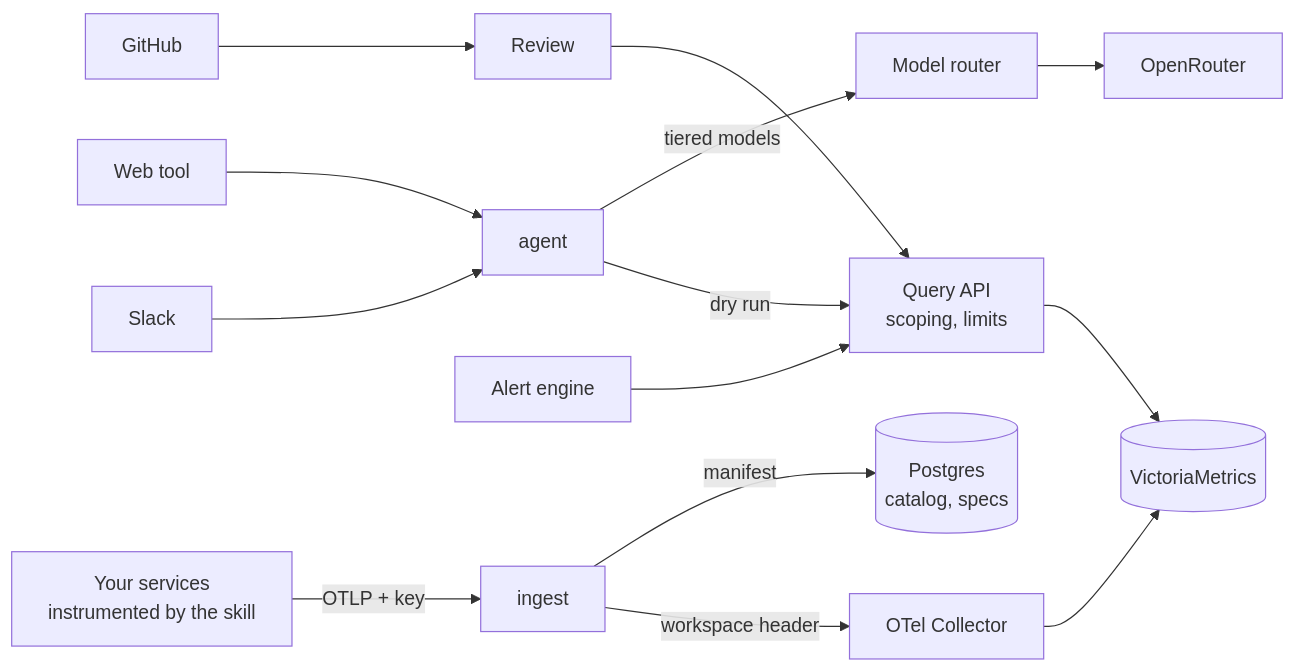
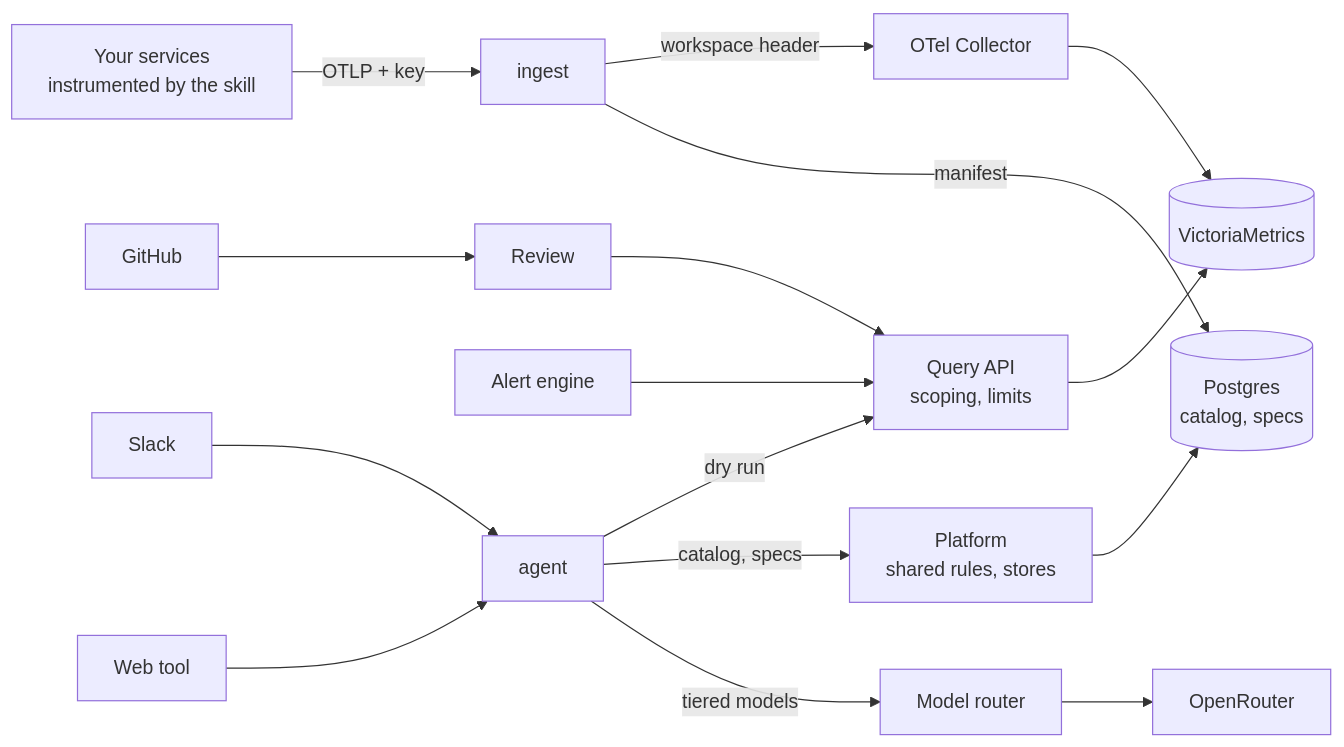
Before and after one commit to shubh-tiwari/probin: the second of 2 diagrams in README.md, drawn with Mermaid. The commit also changed other lines of this file and 169 other files, not shown here.

````diff
--- a/README.md
+++ b/README.md
@@ -212,14 +213,16 @@
 ```mermaid
 flowchart LR
   svc[Your services<br/>instrumented by the skill] -- OTLP + key --> ingest
   ingest -- workspace header --> otel[OTel Collector] --> vm[(VictoriaMetrics)]
   ingest -- manifest --> pg[(Postgres<br/>catalog, specs)]
   slack[Slack] --> agent
   web[Web tool] --> agent
   agent -- dry run --> qapi[Query API<br/>scoping, limits]
+  agent -- catalog, specs --> platform[Platform<br/>shared rules, stores]
+  platform --> pg
   qapi --> vm
   agent -- tiered models --> router[Model router] --> or[OpenRouter]
   alerts[Alert engine] --> qapi
   review[Review] --> qapi
   gh[GitHub] --> review
 ```
````
